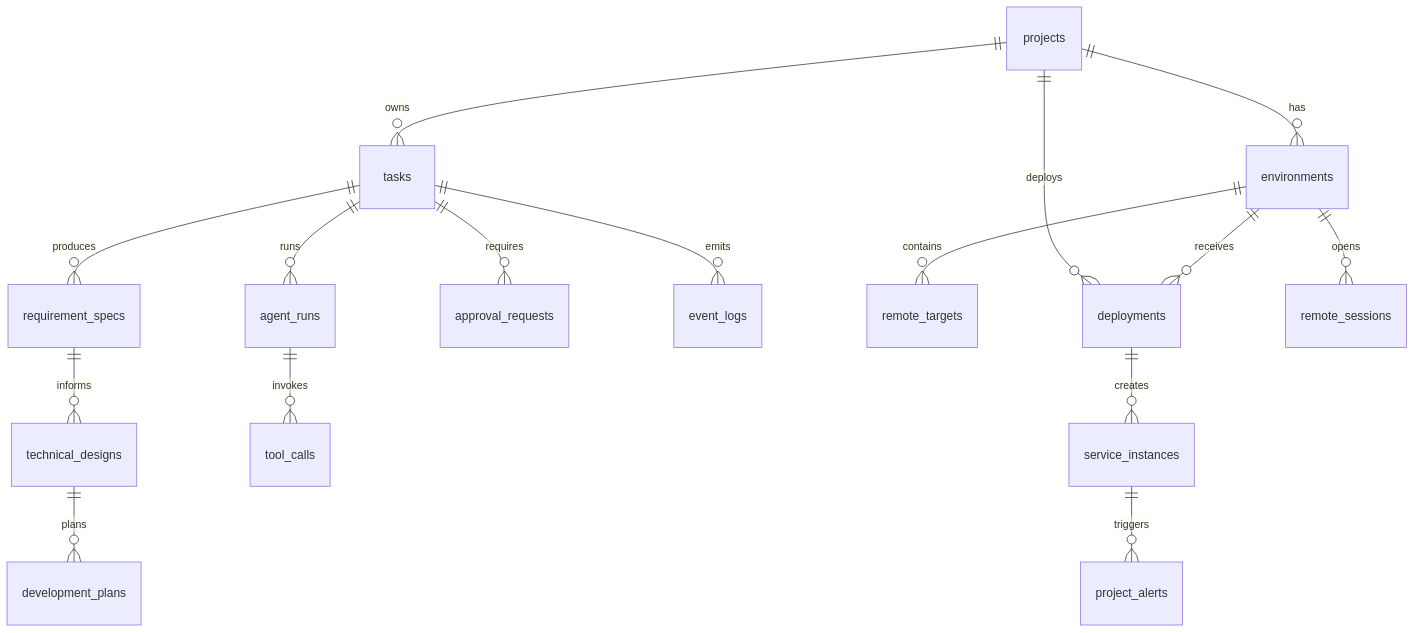
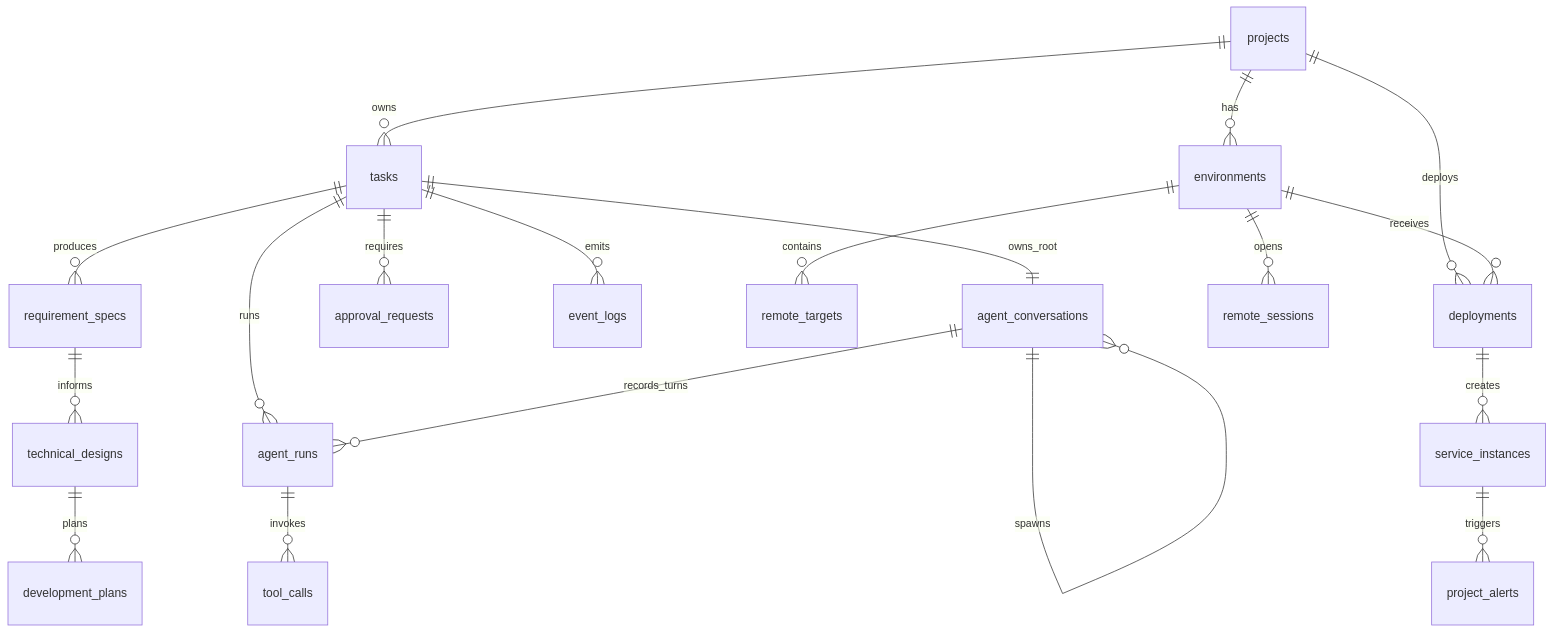
Before and after one commit to ChaceQC/CloudHelm: the diagram in docs/15-detailed-design/04-data-detail.md, drawn with Mermaid. The commit also changed other lines of this file and 19 other files, not shown here.

````diff
--- a/docs/15-detailed-design/04-data-detail.md
+++ b/docs/15-detailed-design/04-data-detail.md
@@ -48,18 +94,21 @@
 ```mermaid
 erDiagram
     projects ||--o{ tasks : owns
     projects ||--o{ environments : has
     tasks ||--o{ requirement_specs : produces
     requirement_specs ||--o{ technical_designs : informs
     technical_designs ||--o{ development_plans : plans
     tasks ||--o{ agent_runs : runs
+    tasks ||--|| agent_conversations : owns_root
+    agent_conversations ||--o{ agent_conversations : spawns
+    agent_conversations ||--o{ agent_runs : records_turns
     agent_runs ||--o{ tool_calls : invokes
     tasks ||--o{ approval_requests : requires
     tasks ||--o{ event_logs : emits
     environments ||--o{ remote_targets : contains
     projects ||--o{ deployments : deploys
     environments ||--o{ deployments : receives
     deployments ||--o{ service_instances : creates
     service_instances ||--o{ project_alerts : triggers
     environments ||--o{ remote_sessions : opens
 ```
````
